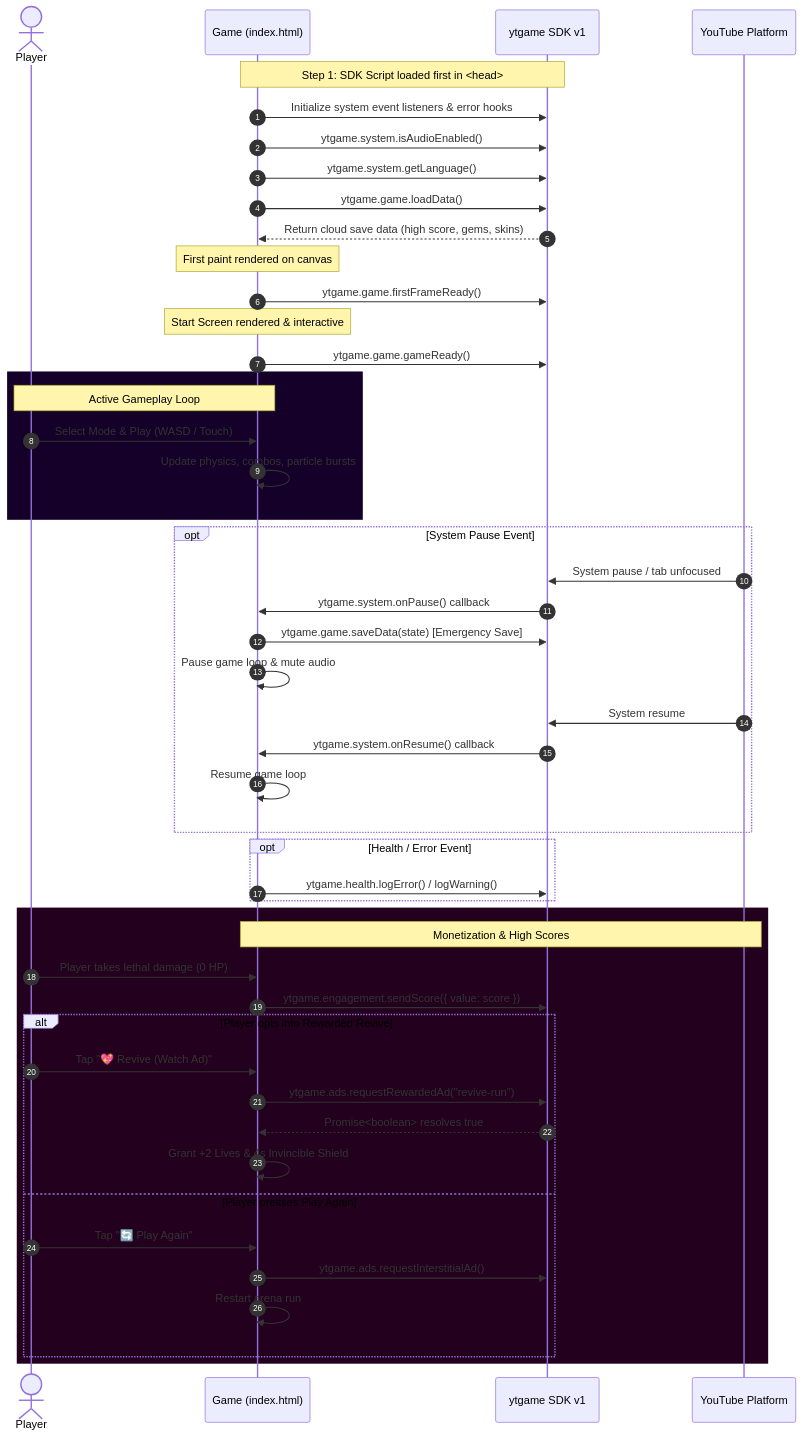
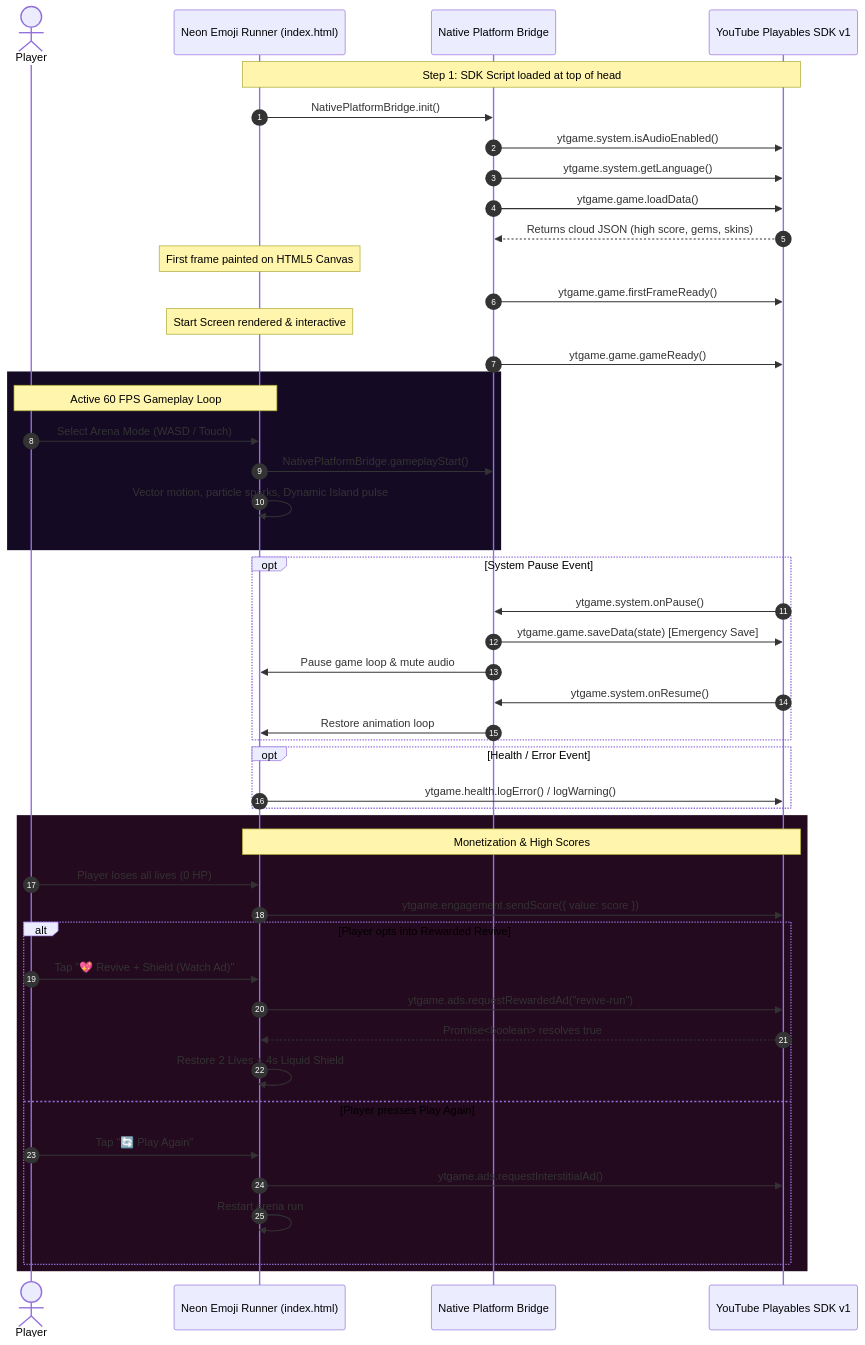
The diagram in README.md (Rahul08319/Neon-Emoji-Runner), drawn with Mermaid before and after one commit. The commit also changed other lines of this file, not shown here.

Commit message:
docs: complete aesthetic README overhaul with Apple Fluid Design & 12-platform hub

````diff
--- a/README.md
+++ b/README.md
@@ -128,58 +148,57 @@
 ```mermaid
 sequenceDiagram
     autonumber
     actor Player
-    participant Browser as Game (index.html)
-    participant SDK as ytgame SDK v1
-    participant YT as YouTube Platform
+    participant Browser as Neon Emoji Runner (index.html)
+    participant Bridge as Native Platform Bridge
+    participant YT as YouTube Playables SDK v1
 
-    Note over Browser,SDK: Step 1: SDK Script loaded first in <head>
-    Browser->>SDK: Initialize system event listeners & error hooks
-    Browser->>SDK: ytgame.system.isAudioEnabled()
-    Browser->>SDK: ytgame.system.getLanguage()
-    Browser->>SDK: ytgame.game.loadData()
-    SDK-->>Browser: Return cloud save data (high score, gems, skins)
+    Note over Browser,YT: Step 1: SDK Script loaded at top of head
+    Browser->>Bridge: NativePlatformBridge.init()
+    Bridge->>YT: ytgame.system.isAudioEnabled()
+    Bridge->>YT: ytgame.system.getLanguage()
+    Bridge->>YT: ytgame.game.loadData()
+    YT-->>Bridge: Returns cloud JSON (high score, gems, skins)
     
-    Note over Browser: First paint rendered on canvas
-    Browser->>SDK: ytgame.game.firstFrameReady()
+    Note over Browser: First frame painted on HTML5 Canvas
+    Bridge->>YT: ytgame.game.firstFrameReady()
     
     Note over Browser: Start Screen rendered & interactive
-    Browser->>SDK: ytgame.game.gameReady()
+    Bridge->>YT: ytgame.game.gameReady()
     
-    rect rgb(20, 0, 40)
-        Note over Player,Browser: Active Gameplay Loop
-        Player->>Browser: Select Mode & Play (WASD / Touch)
-        Browser->>Browser: Update physics, combos, particle bursts
+    rect rgb(20, 10, 35)
+        Note over Player,Browser: Active 60 FPS Gameplay Loop
+        Player->>Browser: Select Arena Mode (WASD / Touch)
+        Browser->>Bridge: NativePlatformBridge.gameplayStart()
+        Browser->>Browser: Vector motion, particle sparks, Dynamic Island pulse
     end
     
     opt System Pause Event
-        YT->>SDK: System pause / tab unfocused
-        SDK->>Browser: ytgame.system.onPause() callback
-        Browser->>SDK: ytgame.game.saveData(state) [Emergency Save]
-        Browser->>Browser: Pause game loop & mute audio
-        YT->>SDK: System resume
-        SDK->>Browser: ytgame.system.onResume() callback
-        Browser->>Browser: Resume game loop
+        YT->>Bridge: ytgame.system.onPause()
+        Bridge->>YT: ytgame.game.saveData(state) [Emergency Save]
+        Bridge->>Browser: Pause game loop & mute audio
+        YT->>Bridge: ytgame.system.onResume()
+        Bridge->>Browser: Restore animation loop
     end
 
     opt Health / Error Event
-        Browser->>SDK: ytgame.health.logError() / logWarning()
+        Browser->>YT: ytgame.health.logError() / logWarning()
     end
 
-    rect rgb(35, 0, 30)
+    rect rgb(35, 10, 30)
         Note over Browser,YT: Monetization & High Scores
-        Player->>Browser: Player takes lethal damage (0 HP)
-        Browser->>SDK: ytgame.engagement.sendScore({ value: score })
+        Player->>Browser: Player loses all lives (0 HP)
+        Browser->>YT: ytgame.engagement.sendScore({ value: score })
         
         alt Player opts into Rewarded Revive
-            Player->>Browser: Tap "💖 Revive (Watch Ad)"
-            Browser->>SDK: ytgame.ads.requestRewardedAd("revive-run")
-            SDK-->>Browser: Promise<boolean> resolves true
-            Browser->>Browser: Grant +2 Lives & 4s Invincible Shield
+            Player->>Browser: Tap "💖 Revive + Shield (Watch Ad)"
+            Browser->>YT: ytgame.ads.requestRewardedAd("revive-run")
+            YT-->>Browser: Promise<boolean> resolves true
+            Browser->>Browser: Restore 2 Lives + 4s Liquid Shield
         else Player presses Play Again
             Player->>Browser: Tap "🔄 Play Again"
-            Browser->>SDK: ytgame.ads.requestInterstitialAd()
+            Browser->>YT: ytgame.ads.requestInterstitialAd()
             Browser->>Browser: Restart arena run
         end
     end
 ```
````
